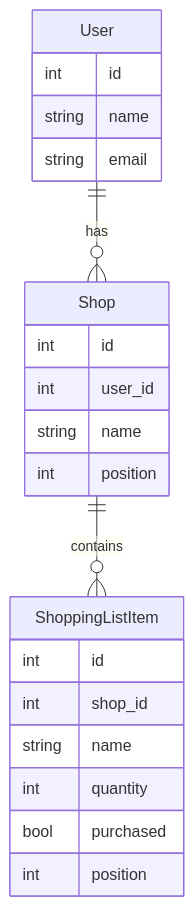
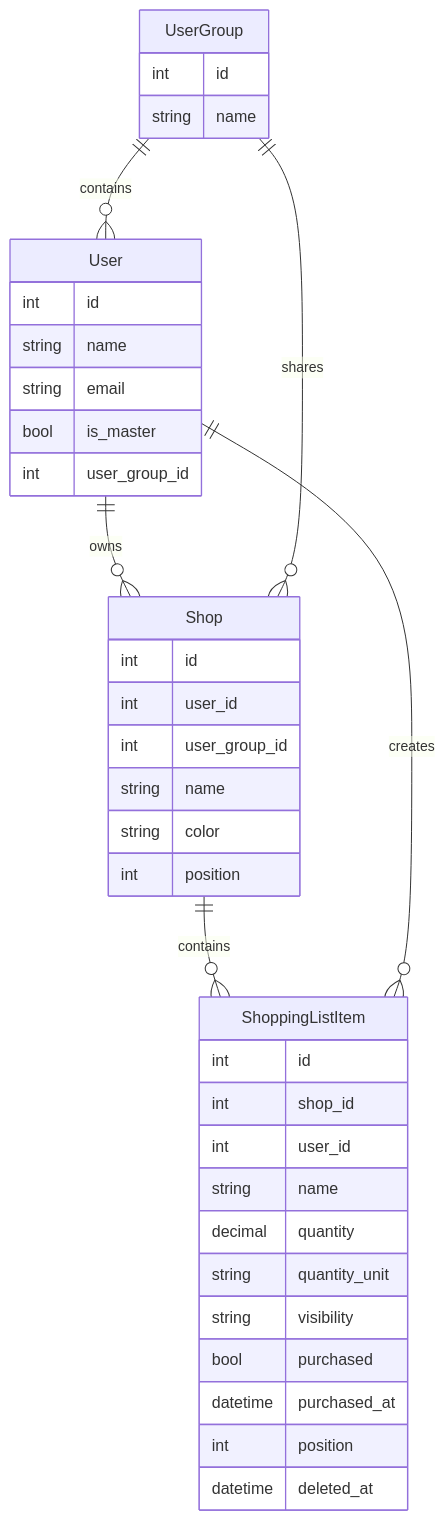
The diagram in docs/llista-compra-especificacio.md (dadraude/nocompris), drawn with Mermaid before and after one commit. The commit also changed other lines of this file and 2 other files, not shown here.

````diff
--- a/docs/llista-compra-especificacio.md
+++ b/docs/llista-compra-especificacio.md
@@ -54,24 +87,41 @@
 ```mermaid
 erDiagram
-  User ||--o{ Shop : has
+  UserGroup ||--o{ User : contains
+  User ||--o{ Shop : owns
+  UserGroup ||--o{ Shop : shares
   Shop ||--o{ ShoppingListItem : contains
+  User ||--o{ ShoppingListItem : creates
+
   User {
     int id
     string name
     string email
+    bool is_master
+    int user_group_id
+  }
+  UserGroup {
+    int id
+    string name
   }
   Shop {
     int id
     int user_id
+    int user_group_id
     string name
+    string color
     int position
   }
   ShoppingListItem {
     int id
     int shop_id
+    int user_id
     string name
-    int quantity
+    decimal quantity
+    string quantity_unit
+    string visibility
     bool purchased
+    datetime purchased_at
     int position
+    datetime deleted_at
   }
 ```
````
